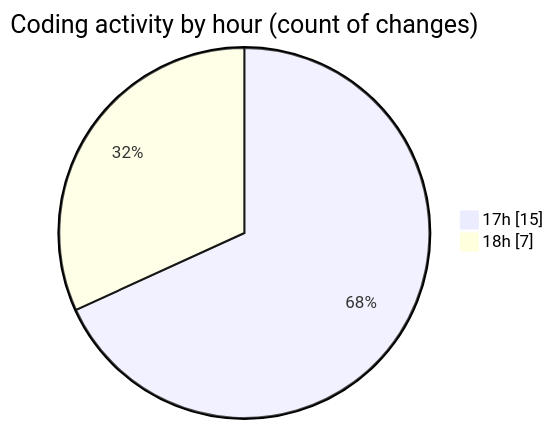
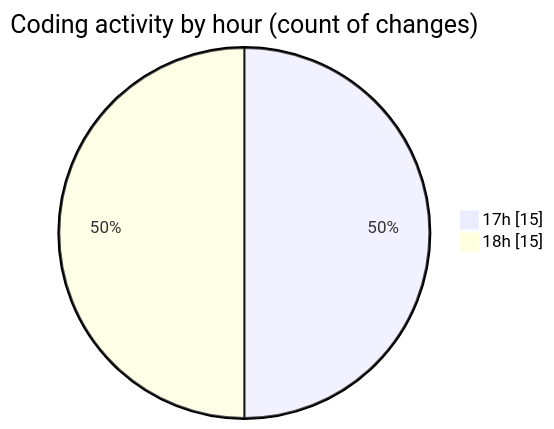
One commit to Unknowalive/code-tracking changed the second of 2 diagrams in 2026-08-27/immersive_codes/README.md. Above: the diagram before and after it, drawn with Mermaid. The commit also changed other lines of this file and 1 other file, not shown here.

````diff
--- a/2026-08-27/immersive_codes/README.md
+++ b/2026-08-27/immersive_codes/README.md
@@ -32,6 +35,6 @@
 ```mermaid
 pie showData
 title Coding activity by hour (count of changes)
 "17h" : 15
-"18h" : 7
+"18h" : 15
 ```
````
